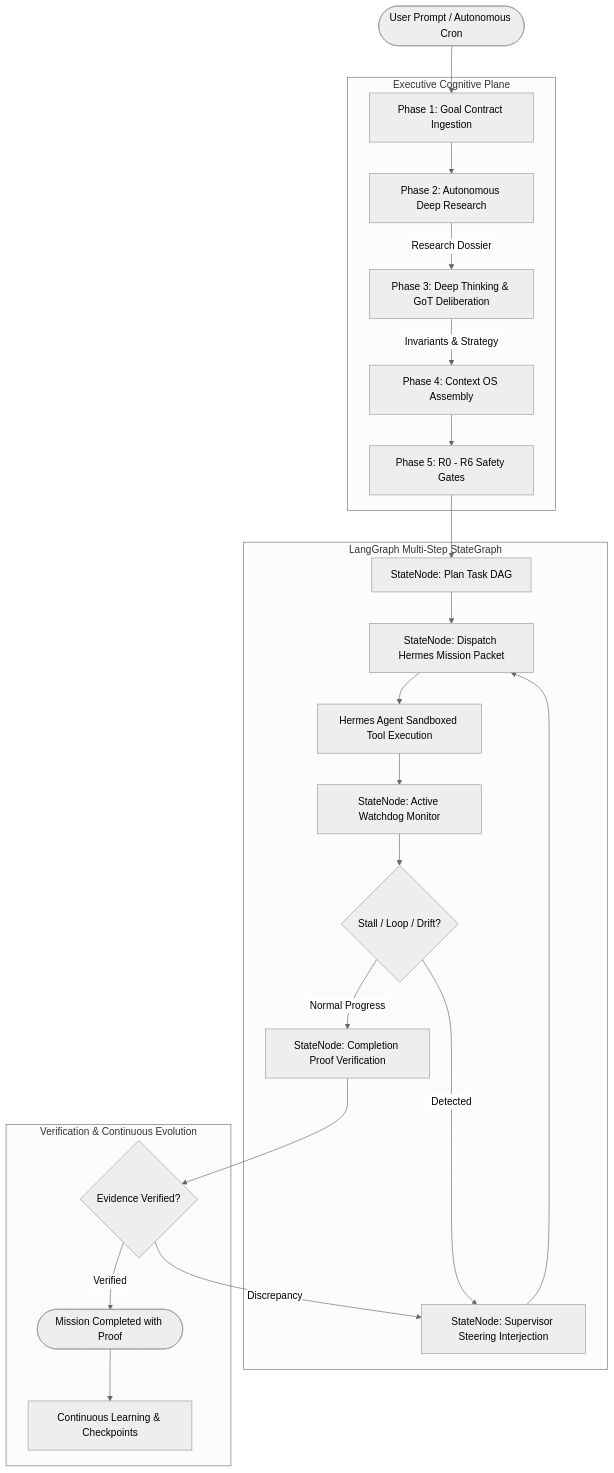
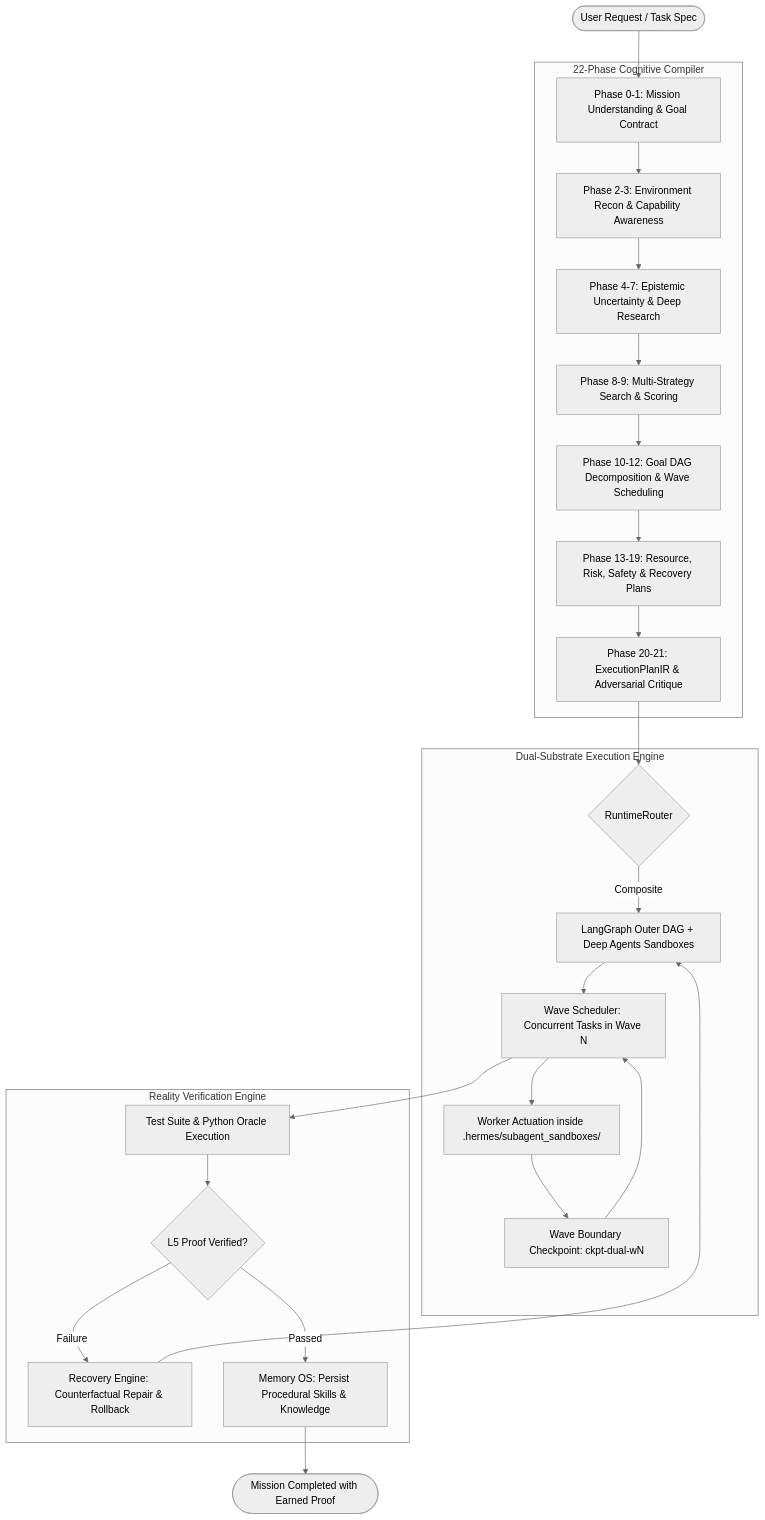
The diagram in README.md (itsPremkumar/hermes-agi-asi-harness), drawn with Mermaid (neutral theme) before and after one commit. The commit also changed other lines of this file, not shown here.

Commit message:
docs: overhaul README.md to document 18-plane OS, 22-phase Cognitive Compiler, Dual-Substrate Execution, and v11 Frontier Expansion

````diff
--- a/README.md
+++ b/README.md
@@ -55,30 +135,33 @@
 ```mermaid
 flowchart TD
-    User([User Prompt / Autonomous Cron]) --> Phase1[Phase 1: Goal Contract Ingestion]
+    User([User Request / Task Spec]) --> Ingest[Phase 0-1: Mission Understanding & Goal Contract]
     
-    subgraph Cognitive_OS [Executive Cognitive Plane]
-        Phase1 --> Phase2[Phase 2: Autonomous Deep Research]
-        Phase2 -->|Research Dossier| Phase3[Phase 3: Deep Thinking & GoT Deliberation]
-        Phase3 -->|Invariants & Strategy| Phase4[Phase 4: Context OS Assembly]
-        Phase4 --> Phase5[Phase 5: R0 - R6 Safety Gates]
+    subgraph Deliberation [22-Phase Cognitive Compiler]
+        Ingest --> Recon[Phase 2-3: Environment Recon & Capability Awareness]
+        Recon --> Epistemic[Phase 4-7: Epistemic Uncertainty & Deep Research]
+        Epistemic --> Strategy[Phase 8-9: Multi-Strategy Search & Scoring]
+        Strategy --> Decompose[Phase 10-12: Goal DAG Decomposition & Wave Scheduling]
+        Decompose --> SafetyPlan[Phase 13-19: Resource, Risk, Safety & Recovery Plans]
+        SafetyPlan --> CompileIR[Phase 20-21: ExecutionPlanIR & Adversarial Critique]
     end
 
-    subgraph LangGraph_Loop [LangGraph Multi-Step StateGraph]
-        Phase5 --> LG_Plan[StateNode: Plan Task DAG]
-        LG_Plan --> LG_Dispatch[StateNode: Dispatch Hermes Mission Packet]
-        LG_Dispatch --> LG_Exec[Hermes Agent Sandboxed Tool Execution]
-        LG_Exec --> LG_Monitor[StateNode: Active Watchdog Monitor]
+    subgraph Execution [Dual-Substrate Execution Engine]
+        CompileIR --> Router{RuntimeRouter}
+        Router -->|Composite| DualSub[LangGraph Outer DAG + Deep Agents Sandboxes]
         
-        LG_Monitor --> DriftCheck{Stall / Loop / Drift?}
-        DriftCheck -->|Detected| LG_Adjust[StateNode: Supervisor Steering Interjection]
-        LG_Adjust --> LG_Dispatch
-        DriftCheck -->|Normal Progress| LG_Verify[StateNode: Completion Proof Verification]
+        DualSub --> WaveLoop[Wave Scheduler: Concurrent Tasks in Wave N]
+        WaveLoop --> SandboxExec[Worker Actuation inside .hermes/subagent_sandboxes/]
+        SandboxExec --> Ckpt[Wave Boundary Checkpoint: ckpt-dual-wN]
+        Ckpt --> WaveLoop
     end
 
-    subgraph Completion_Plane [Verification & Continuous Evolution]
-        LG_Verify --> ProofCheck{Evidence Verified?}
-        ProofCheck -->|Discrepancy| LG_Adjust
-        ProofCheck -->|Verified| Complete([Mission Completed with Proof])
-        Complete --> Telemetry[Continuous Learning & Checkpoints]
+    subgraph Verification [Reality Verification Engine]
+        WaveLoop --> Verify[Test Suite & Python Oracle Execution]
+        Verify --> ProofCheck{L5 Proof Verified?}
+        ProofCheck -->|Failure| Recovery[Recovery Engine: Counterfactual Repair & Rollback]
+        Recovery --> DualSub
+        ProofCheck -->|Passed| Persist[Memory OS: Persist Procedural Skills & Knowledge]
     end
+
+    Persist --> Done([Mission Completed with Earned Proof])
 ```
````
